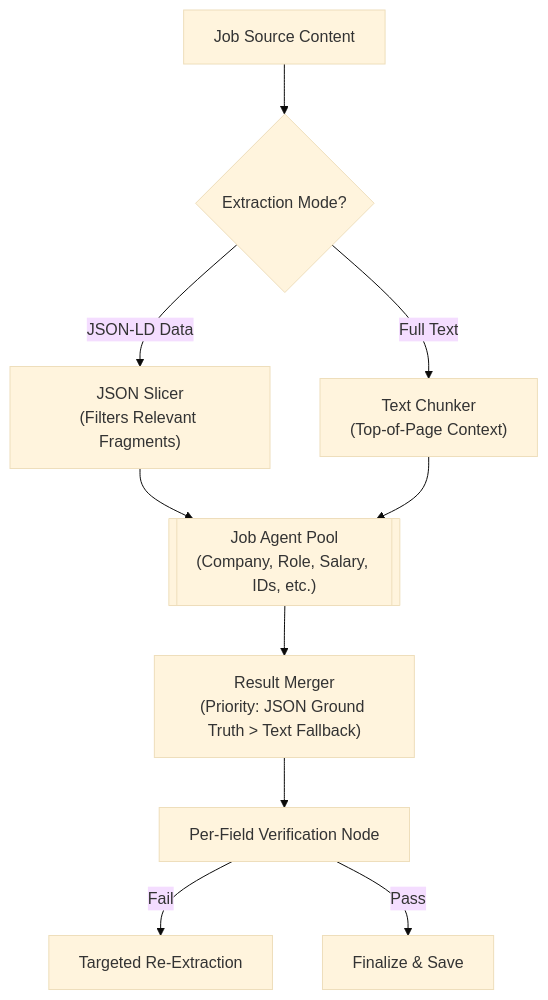
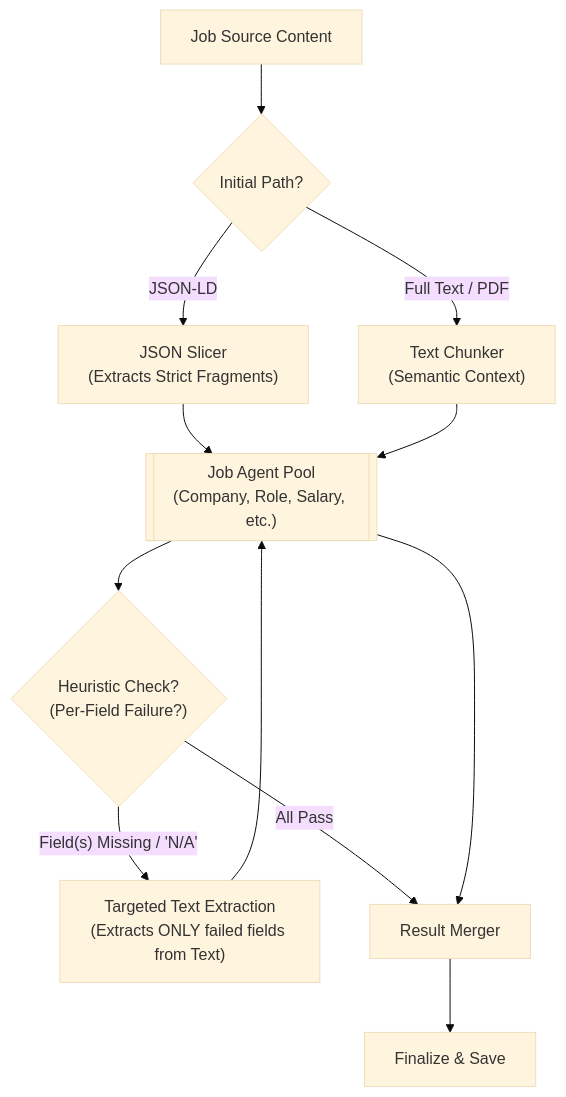
The second of 2 diagrams in backend/README.md (yicheinchang/lard), drawn with Mermaid (base theme) before and after one commit.

Commit message:
docs(ai): refine multi-agent extraction diagrams and fix text artifacts

````diff
--- a/backend/README.md
+++ b/backend/README.md
@@ -116,15 +116,19 @@
 ```mermaid
 graph TD
-    Source["Job Source Content"] --> Mode{"Extraction Mode?"}
+    Source["Job Source Content"] --> Mode{"Initial Path?"}
     
-    Mode -- "JSON-LD Data" --> Slicer["JSON Slicer<br/>(Filters Relevant Fragments)"]
-    Mode -- "Full Text" --> Chunker["Text Chunker<br/>(Top-of-Page Context)"]
+    Mode -- "JSON-LD" --> Slicer["JSON Slicer<br/>(Extracts Strict Fragments)"]
+    Slicer --> JAgentPool[["Job Agent Pool<br/>(Company, Role, Salary, etc.)"]]
     
-    Slicer --> AgentPool[["Job Agent Pool<br/>(Company, Role, Salary, IDs, etc.)"]]
-    Chunker --> AgentPool
+    JAgentPool --> Heuristic{"Heuristic Check?<br/>(Per-Field Failure?)"}
     
-    AgentPool --> Merger["Result Merger<br/>(Priority: JSON Ground Truth > Text Fallback)"]
-    Merger --> Validation["Per-Field Verification Node"]
-    Validation -- "Fail" --> Fallback["Targeted Re-Extraction"]
-    Validation -- "Pass" --> Final["Finalize & Save"]
+    Heuristic -- "Field(s) Missing / 'N/A'" --> Fallback["Targeted Text Extraction<br/>(Extracts ONLY failed fields from Text)"]
+    Heuristic -- "All Pass" --> Merger["Result Merger"]
+    
+    Mode -- "Full Text / PDF" --> Chunker["Text Chunker<br/>(Semantic Context)"]
+    Chunker --> JAgentPool
+    Fallback --> JAgentPool
+    
+    JAgentPool --> Merger
+    Merger --> Final["Finalize & Save"]
 ```
````
